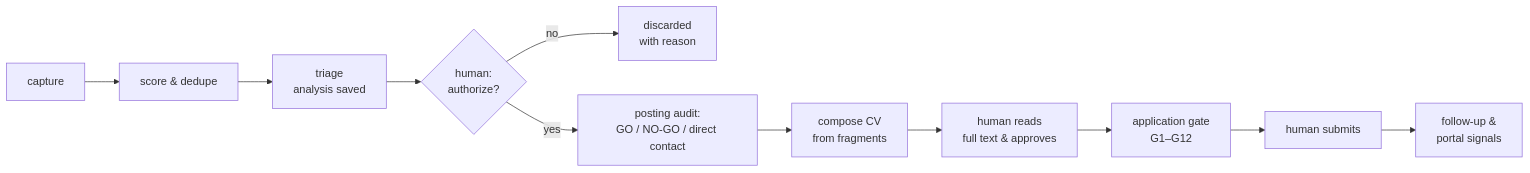
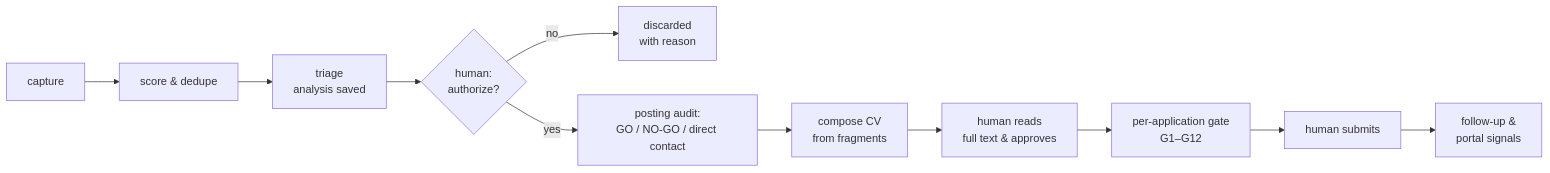
The second of 2 diagrams in README.md (maaferna/job-search-agent-system), drawn with Mermaid before and after one commit. The commit also changed other lines of this file and 18 other files, not shown here.

````diff
--- a/README.md
+++ b/README.md
@@ -140,7 +146,7 @@
 ```mermaid
 flowchart LR
     A[capture] --> B[score & dedupe] --> C[triage<br/>analysis saved] --> D{human:<br/>authorize?}
     D -- no --> X[discarded<br/>with reason]
     D -- yes --> E[posting audit:<br/>GO / NO-GO / direct contact] --> F[compose CV<br/>from fragments]
-    F --> G[human reads<br/>full text & approves] --> H[application gate<br/>G1–G12] --> I[human submits] --> J[follow-up &<br/>portal signals]
+    F --> G[human reads<br/>full text & approves] --> H[per-application gate<br/>G1–G12] --> I[human submits] --> J[follow-up &<br/>portal signals]
 ```
````
